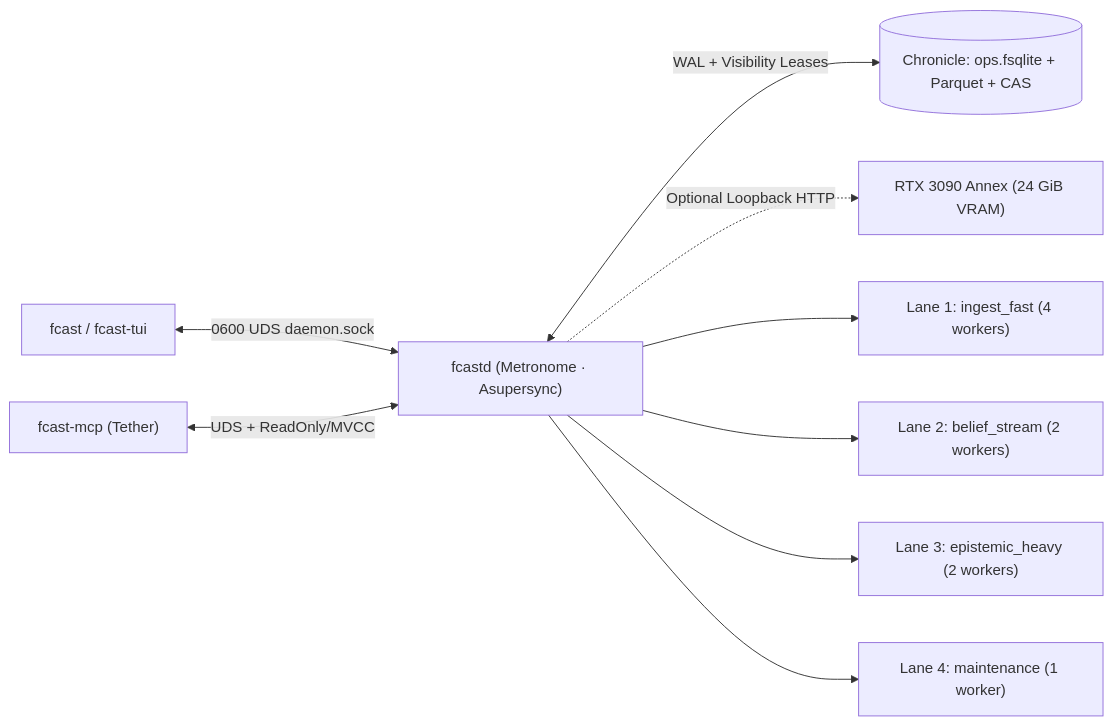
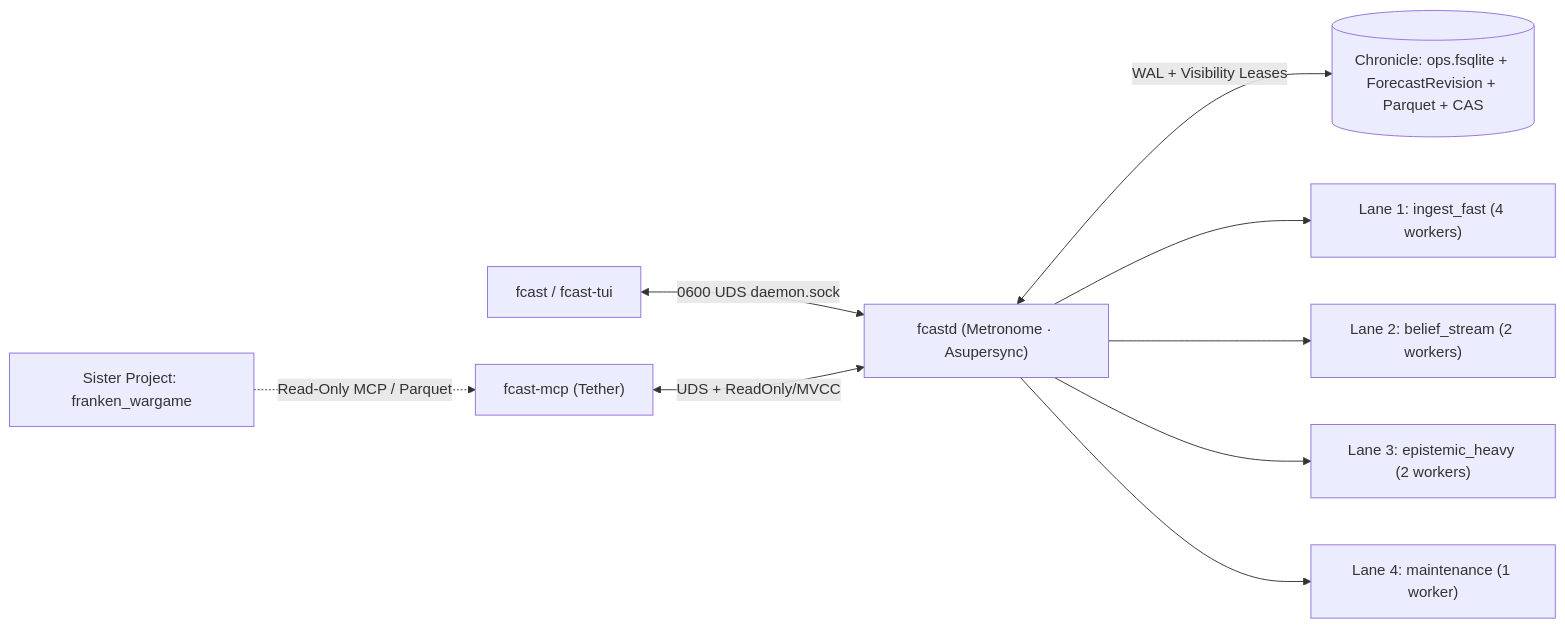
Before and after one commit to ndres/franken_forecast: the second of 2 diagrams in COMPREHENSIVE_PLAN_FOR_FRANKEN_FORECAST.md, drawn with Mermaid. The commit also changed other lines of this file and 4 other files, not shown here.

Commit message:
docs(plan): v1.1 canonical ForecastRevision contract, pure-CPU scope, external franken_wargame

````diff
--- a/COMPREHENSIVE_PLAN_FOR_FRANKEN_FORECAST.md
+++ b/COMPREHENSIVE_PLAN_FOR_FRANKEN_FORECAST.md
@@ -391,11 +410,11 @@
 ```mermaid
 flowchart LR
     CLI["fcast / fcast-tui"] <-->|"0600 UDS daemon.sock"| D["fcastd (Metronome · Asupersync)"]
     MCP["fcast-mcp (Tether)"] <-->|"UDS + ReadOnly/MVCC"| D
-    D <-->|"WAL + Visibility Leases"| DB[("Chronicle: ops.fsqlite + Parquet + CAS")]
-    D -.->|"Optional Loopback HTTP"| GPU["RTX 3090 Annex (24 GiB VRAM)"]
+    WG["Sister Project: franken_wargame"] -.->|"Read-Only MCP / Parquet"| MCP
+    D <-->|"WAL + Visibility Leases"| DB[("Chronicle: ops.fsqlite + ForecastRevision + Parquet + CAS")]
     D --> L1["Lane 1: ingest_fast (4 workers)"]
     D --> L2["Lane 2: belief_stream (2 workers)"]
     D --> L3["Lane 3: epistemic_heavy (2 workers)"]
     D --> L4["Lane 4: maintenance (1 worker)"]
 ```
````
